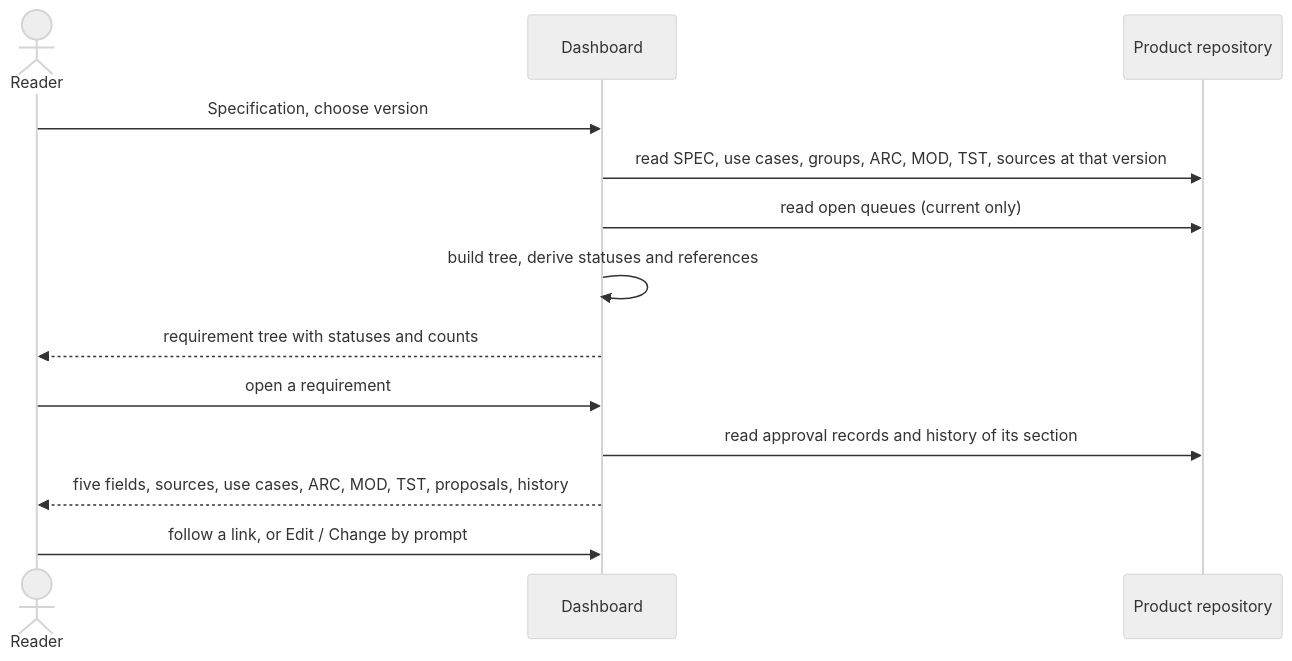
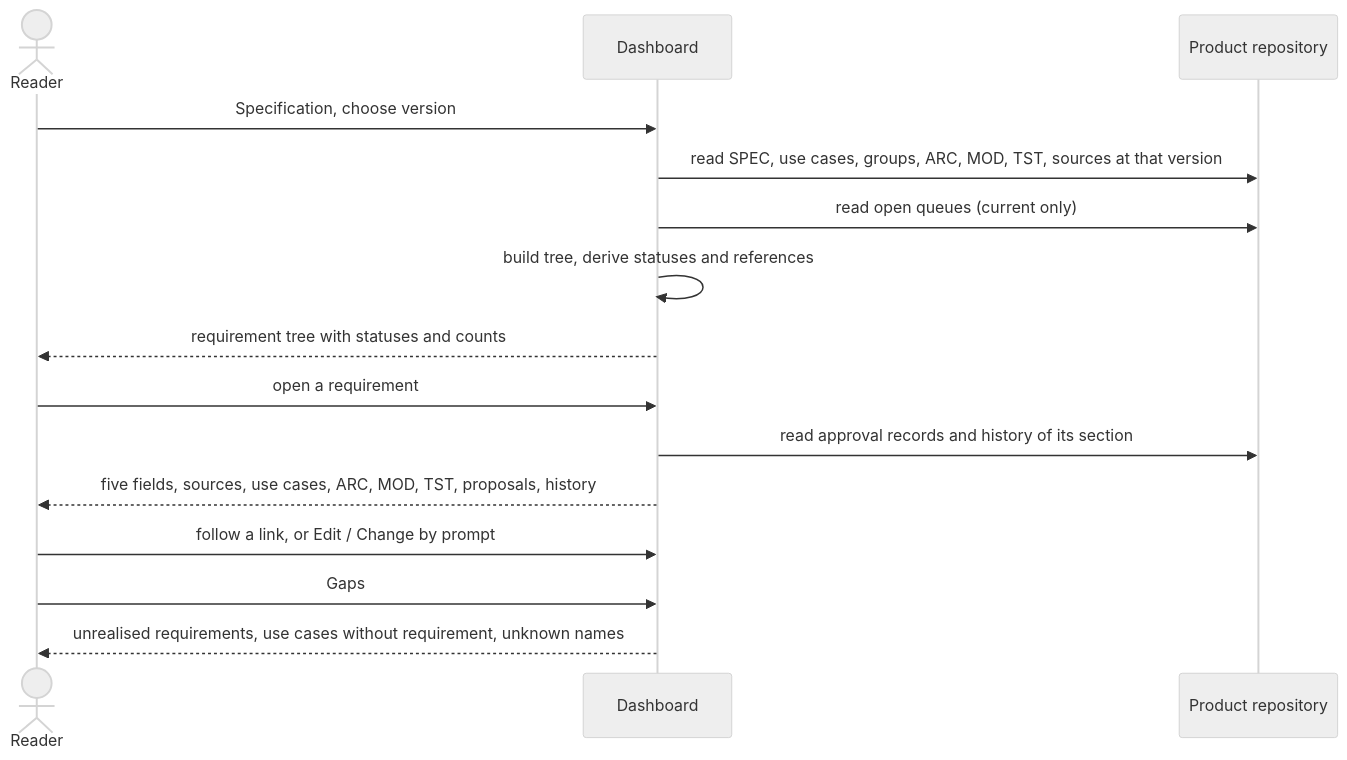
The diagram in docs/use-cases/UC-020-browse-the-specification.md (akmaier/agent-m), drawn with Mermaid (neutral theme) before and after one commit. The commit also changed other lines of this file and 19 other files, not shown here.

````diff
--- a/docs/use-cases/UC-020-browse-the-specification.md
+++ b/docs/use-cases/UC-020-browse-the-specification.md
@@ -75,15 +87,17 @@
 ```mermaid
 sequenceDiagram
     actor R as Reader
     participant D as Dashboard
     participant G as Product repository
     R->>D: Specification, choose version
     D->>G: read SPEC, use cases, groups, ARC, MOD, TST, sources at that version
     D->>G: read open queues (current only)
     D->>D: build tree, derive statuses and references
     D-->>R: requirement tree with statuses and counts
     R->>D: open a requirement
     D->>G: read approval records and history of its section
     D-->>R: five fields, sources, use cases, ARC, MOD, TST, proposals, history
     R->>D: follow a link, or Edit / Change by prompt
+    R->>D: Gaps
+    D-->>R: unrealised requirements, use cases without requirement, unknown names
 ```
````
